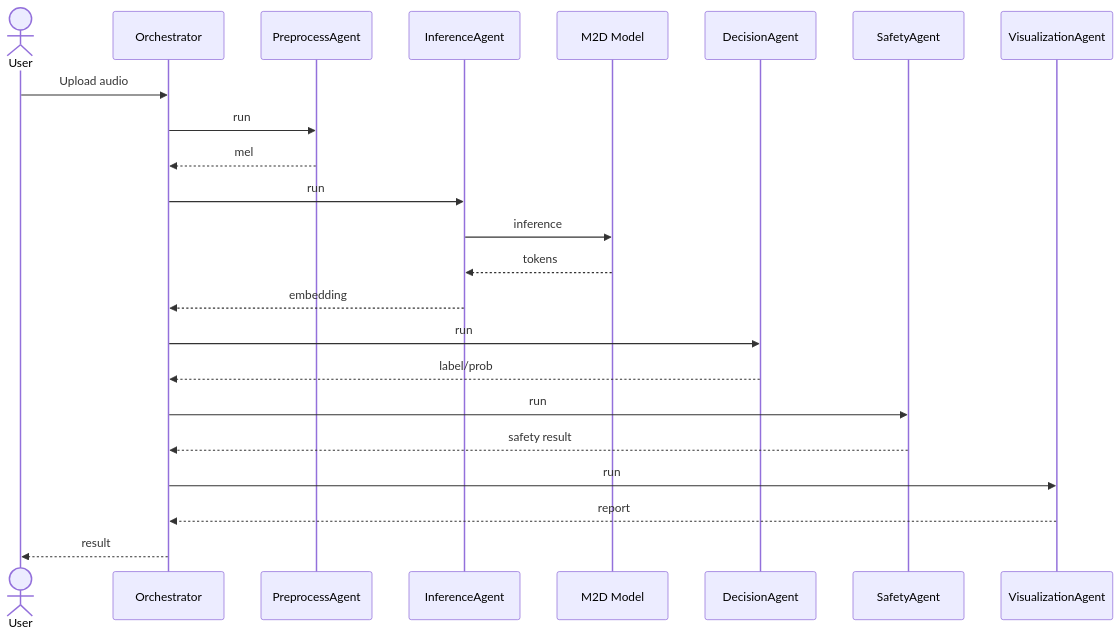
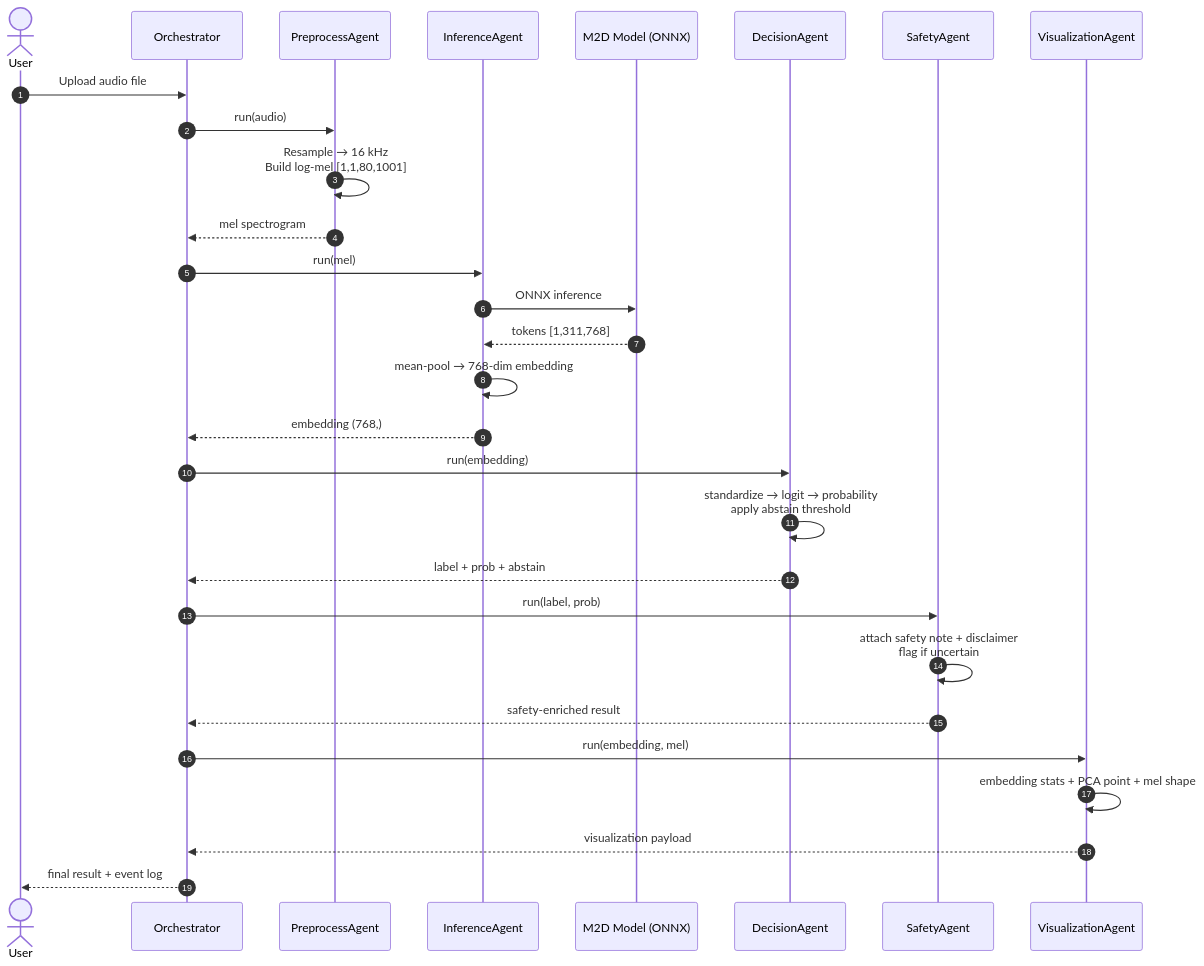
Before and after one commit to ahsanmandhar-ui/heart-murmur-pwa: the second of 4 diagrams in README.md, drawn with Mermaid. The commit also changed other lines of this file, not shown here.

Commit message:
Restore all mermaid diagrams in README

````diff
--- a/README.md
+++ b/README.md
@@ -31,25 +40,37 @@
 ```mermaid
 sequenceDiagram
+    autonumber
     actor User
     participant O as Orchestrator
     participant P as PreprocessAgent
     participant I as InferenceAgent
-    participant M as M2D Model
+    participant M as M2D Model (ONNX)
     participant D as DecisionAgent
     participant S as SafetyAgent
     participant V as VisualizationAgent
-    User->>O: Upload audio
-    O->>P: run
-    P-->>O: mel
-    O->>I: run
-    I->>M: inference
-    M-->>I: tokens
-    I-->>O: embedding
-    O->>D: run
-    D-->>O: label/prob
-    O->>S: run
-    S-->>O: safety result
-    O->>V: run
-    V-->>O: report
-    O-->>User: result
+
+    User->>O: Upload audio file
+    O->>P: run(audio)
+    P->>P: Resample → 16 kHz<br/>Build log-mel [1,1,80,1001]
+    P-->>O: mel spectrogram
+
+    O->>I: run(mel)
+    I->>M: ONNX inference
+    M-->>I: tokens [1,311,768]
+    I->>I: mean-pool → 768-dim embedding
+    I-->>O: embedding (768,)
+
+    O->>D: run(embedding)
+    D->>D: standardize → logit → probability<br/>apply abstain threshold
+    D-->>O: label + prob + abstain
+
+    O->>S: run(label, prob)
+    S->>S: attach safety note + disclaimer<br/>flag if uncertain
+    S-->>O: safety-enriched result
+
+    O->>V: run(embedding, mel)
+    V->>V: embedding stats + PCA point + mel shape
+    V-->>O: visualization payload
+
+    O-->>User: final result + event log
 ```
````
